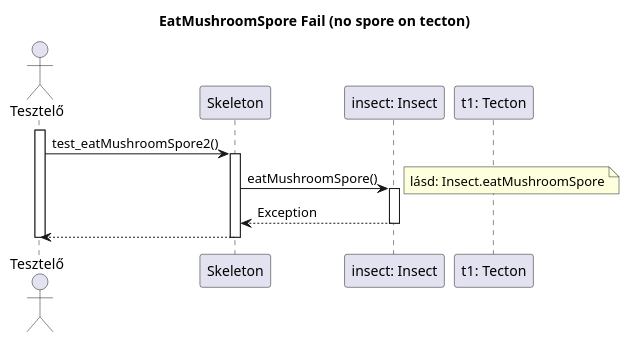
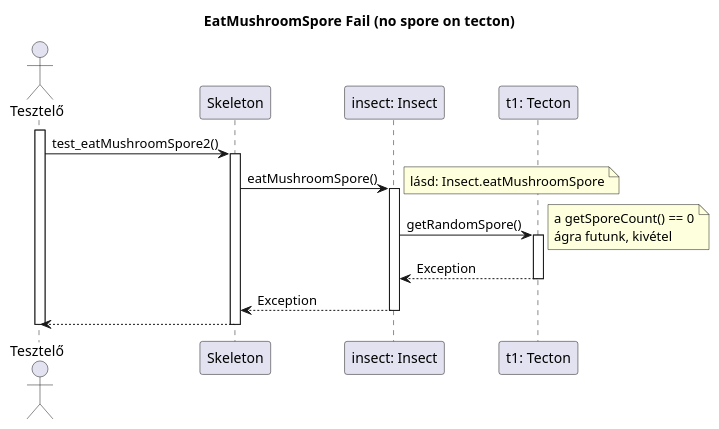
Before and after one commit to dzsem/projlab: the diagram in diagrams/test-sequence/insect/eatMushroomSpore2.plantuml, drawn with PlantUML. The commit also changed 1 other file, not shown here.

Commit message:
Update eatMushroomSpore test diagrams

```diff
--- a/diagrams/test-sequence/insect/eatMushroomSpore2.plantuml
+++ b/diagrams/test-sequence/insect/eatMushroomSpore2.plantuml
@@ -1,27 +1,35 @@
 @startuml test_eatMushroomSpore2
 
 title EatMushroomSpore Fail (no spore on tecton)
 
 actor "Tesztelő" as t
 participant "Skeleton" as ske
 participant "insect: Insect" as i
 participant "t1: Tecton" as t1
 
 activate t
 
 t -> ske: test_eatMushroomSpore2()
 activate ske
 
 	ske -> i: eatMushroomSpore()
 	activate i
 	note right: lásd: Insect.eatMushroomSpore
 
+	
+	i -> t1: getRandomSpore()
+	note right: a getSporeCount() == 0\nágra futunk, kivétel
+	activate t1
+
+	i <-- t1: Exception
+	deactivate t1
+
 	ske <-- i: Exception
 	deactivate i
 
 t <-- ske
 deactivate ske
 
 deactivate t
 
 @enduml
```
